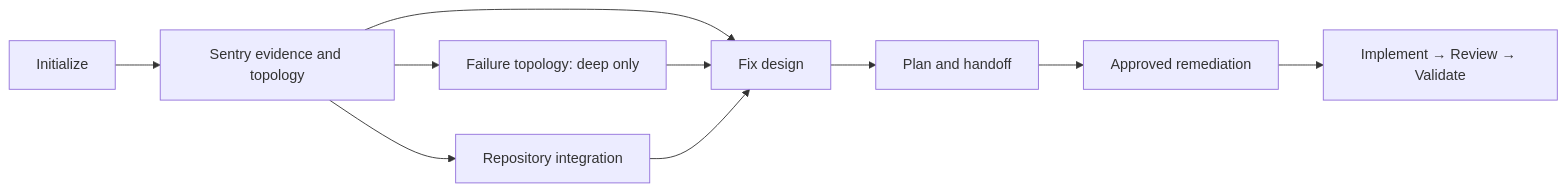
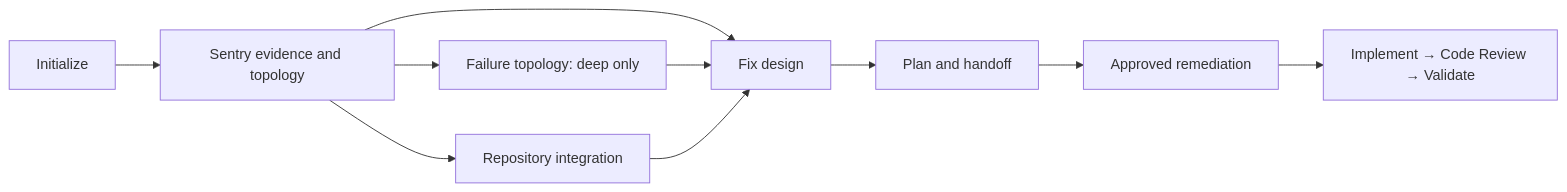
One commit to daniel-galvan/ai-engineering-workflow-framework changed the third of 5 diagrams in PLAYBOOK_CATALOG.md. Above: the diagram before and after it, drawn with Mermaid. The commit also changed other lines of this file and 14 other files, not shown here.

````diff
--- a/PLAYBOOK_CATALOG.md
+++ b/PLAYBOOK_CATALOG.md
@@ -74,12 +74,12 @@
 ```mermaid
 flowchart LR
     A["Initialize"] --> B["Sentry evidence and topology"]
     B --> C["Failure topology: deep only"]
     B --> D["Repository integration"]
     B --> E["Fix design"]
     C --> E
     D --> E
     E --> F["Plan and handoff"]
     F --> G["Approved remediation"]
-    G --> H["Implement → Review → Validate"]
+    G --> H["Implement → Code Review → Validate"]
 ```
````
